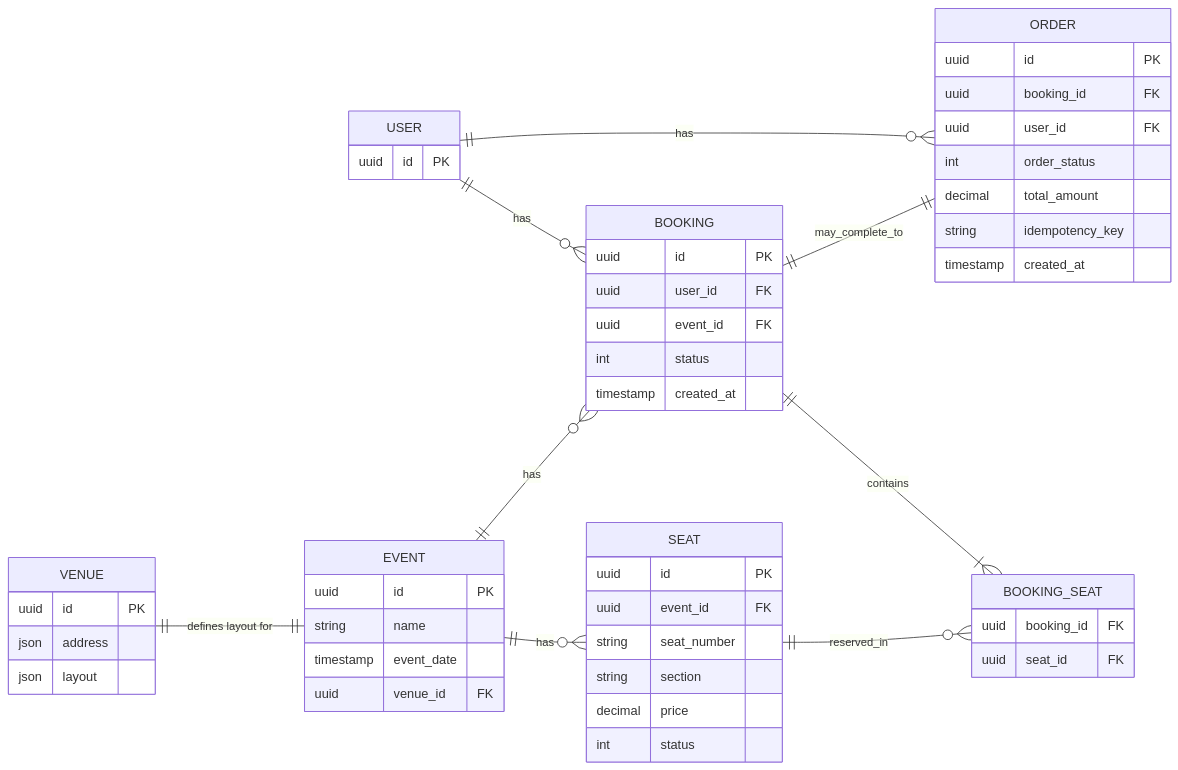
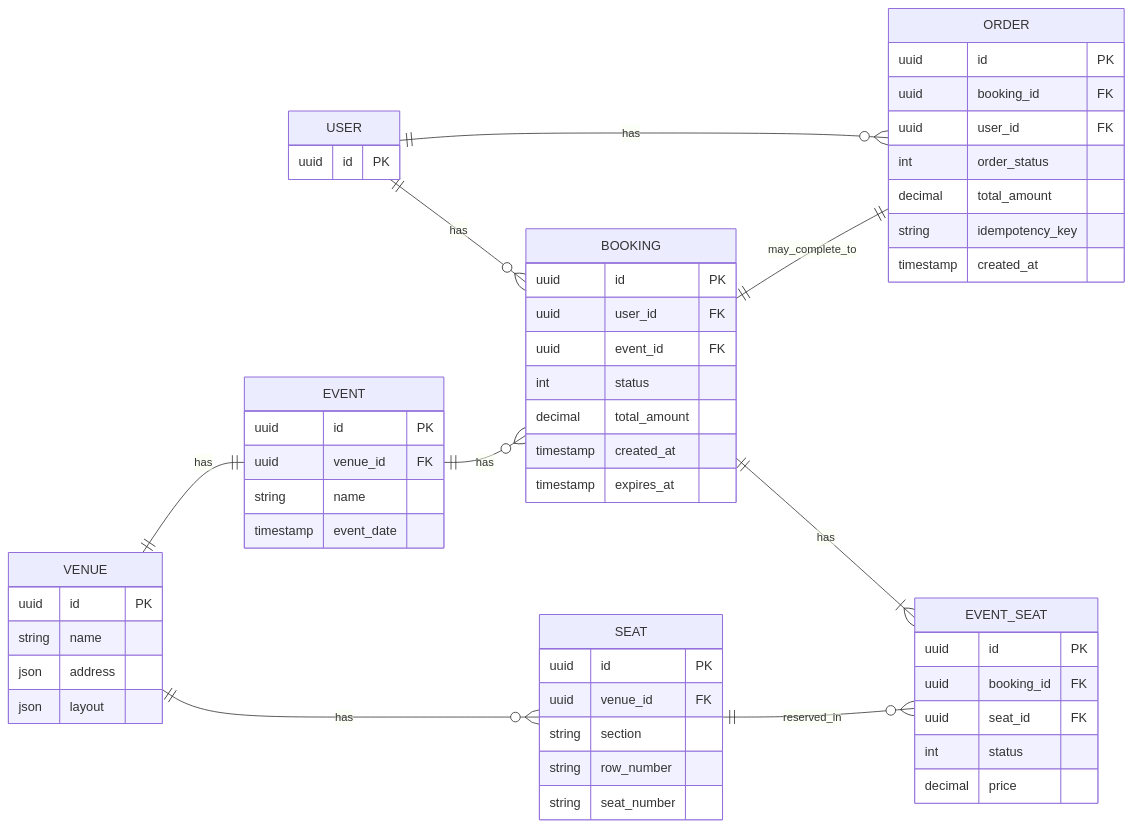
Before and after one commit to GeorgeD615/ticket-booking-service: the first of 2 diagrams in dev-solution.md, drawn with Mermaid. The commit also changed other lines of this file, not shown here.

````diff
--- a/dev-solution.md
+++ b/dev-solution.md
@@ -181,62 +181,67 @@
 ```mermaid
 erDiagram
     direction LR
 
     USER {
         uuid id PK
     }
     
     EVENT {
         uuid id PK
+        uuid venue_id FK
         string name
         timestamp event_date
-        uuid venue_id FK
     }
     
     VENUE {
         uuid id PK
+        string name
         json address
         json layout
     }
     
     SEAT {
         uuid id PK
-        uuid event_id FK
+        uuid venue_id FK
+        string section
+        string row_number
         string seat_number
-        string section
-        decimal price
-        int status
     }
     
     BOOKING {
         uuid id PK
         uuid user_id FK
         uuid event_id FK
         int status
+        decimal total_amount
         timestamp created_at
+        timestamp expires_at
     }
     
-    BOOKING_SEAT {
+    EVENT_SEAT {
+        uuid id PK
         uuid booking_id FK
         uuid seat_id FK
+        int status
+        decimal price
     }
     
     ORDER {
         uuid id PK
         uuid booking_id FK
         uuid user_id FK
         int order_status
         decimal total_amount
         string idempotency_key
         timestamp created_at
     }
     
-    EVENT ||--o{ SEAT : "has"
     EVENT ||--o{ BOOKING : "has"
     USER ||--o{ BOOKING : "has"
     USER ||--o{ ORDER : "has"
-    VENUE ||--|| EVENT : "defines layout for"
-    BOOKING ||--|{ BOOKING_SEAT : "contains"
-    SEAT ||--o{ BOOKING_SEAT : "reserved_in"
+    VENUE ||--o{ SEAT : "has"
+    VENUE ||--|| EVENT : "has"
+    BOOKING ||--|{ EVENT_SEAT : "has"
     BOOKING ||--|| ORDER : "may_complete_to"
+    SEAT ||--o{ EVENT_SEAT : "reserved_in"
 ```
````
